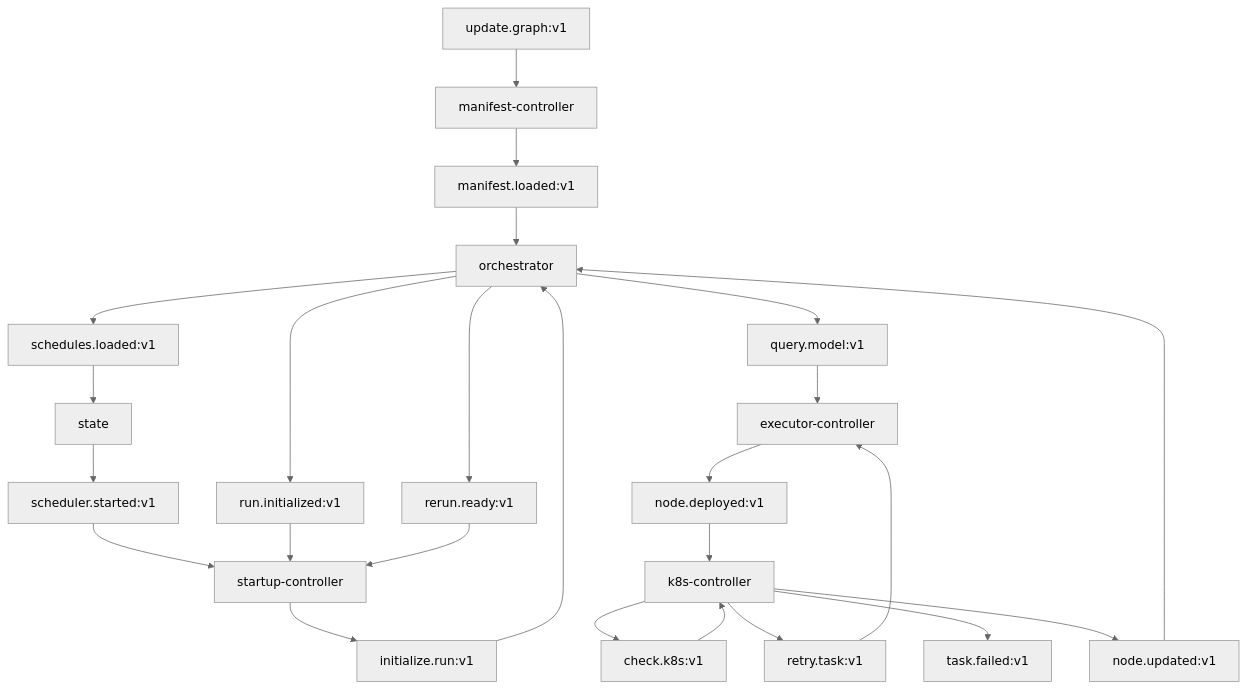
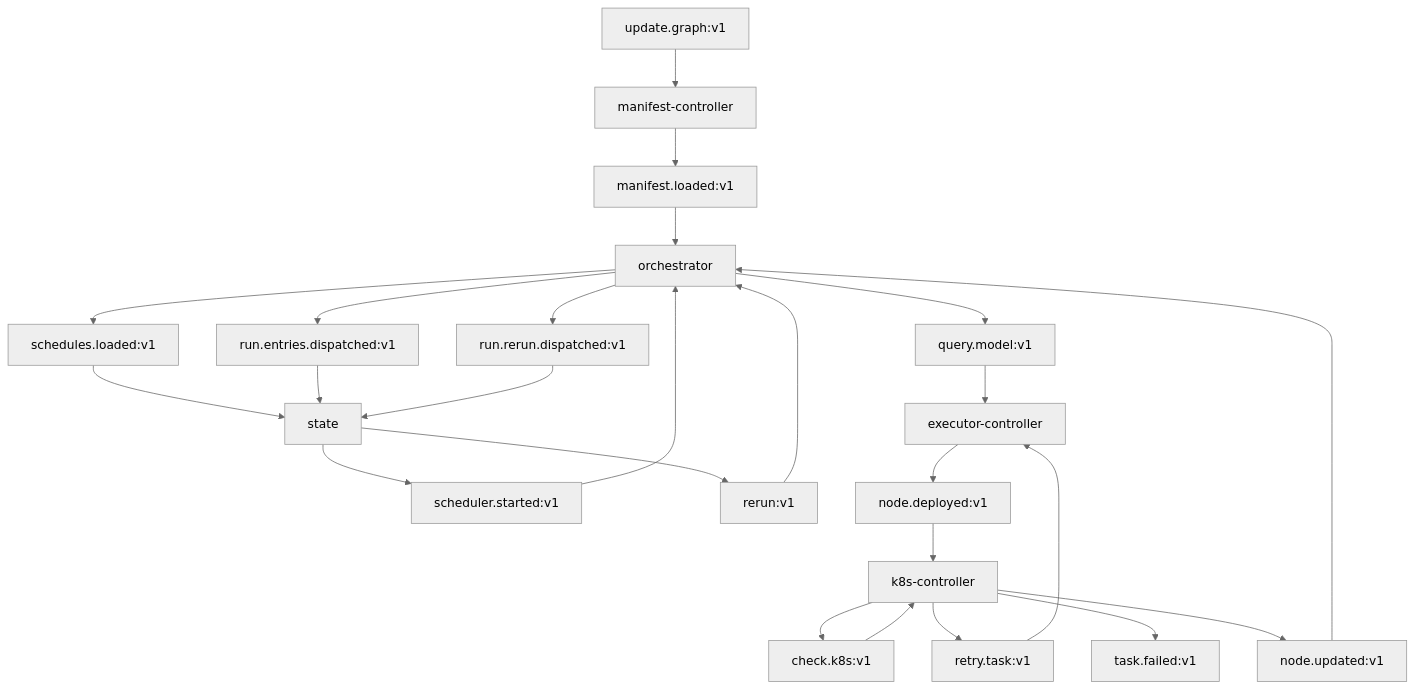
The second of 2 diagrams in docs/arch/01-topology.md (carolsimone/continuo), drawn with Mermaid (neutral theme) before and after one commit. The commit also changed other lines of this file and 2 other files, not shown here.

Commit message:
fix(deploy): remove startup-controller from app values — image was never built
startup-controller was removed from the codebase in 2e7baa2 (absorbed into
orchestrator) but was left enabled in deploy/app/values.yaml. Every deploy
since then tried to roll it to the new commit-SHA image tag, hit
ImagePullBackOff, and timed out after 10m on helm upgrade --wait.

Also updates 01-topology.md and 04-service-ownership.md to remove stale
startup-controller references and correct orchestrator/state stream tables.

````diff
--- a/docs/arch/01-topology.md
+++ b/docs/arch/01-topology.md
@@ -59,47 +54,48 @@
 ```mermaid
 flowchart TD
   UG[update.graph:v1]
   ML[manifest.loaded:v1]
   SL[schedules.loaded:v1]
   SS[scheduler.started:v1]
-  IR[initialize.run:v1]
-  RI[run.initialized:v1]
-  RR[rerun.ready:v1]
+  RED[run.entries.dispatched:v1]
+  RN[rerun:v1]
+  RRD[run.rerun.dispatched:v1]
   QM[query.model:v1]
   ED[node.deployed:v1]
   KCV[check.k8s:v1]
   TR[retry.task:v1]
   TF[task.failed:v1]
   UT[node.updated:v1]
 
   UG --> MC[manifest-controller]
   MC --> ML
   ML --> OR[orchestrator]
   OR --> SL
   SL --> ST[state]
 
   ST --> SS
-  SS --> SC[startup-controller]
-  SC --> IR
-  IR --> OR
-  OR --> RI
-  OR --> RR
-  RI --> SC
-  RR --> SC
+  SS --> OR
+  OR --> RED
+  RED --> ST
+
+  ST --> RN
+  RN --> OR
+  OR --> RRD
+  RRD --> ST
 
   OR --> QM
 
   QM --> EC[executor-controller]
   TR --> EC
 
   EC --> ED
   ED --> KC[k8s-controller]
 
   KC --> KCV
   KCV --> KC
   KC --> TR
   KC --> TF
   KC --> UT
 
   UT --> OR
 ```
````
